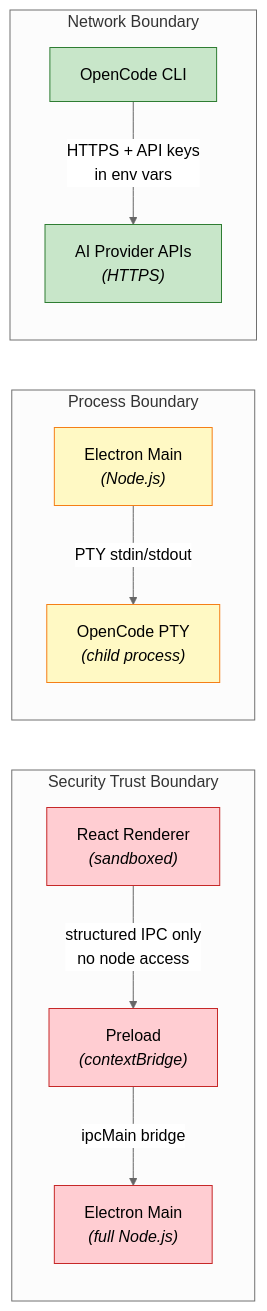
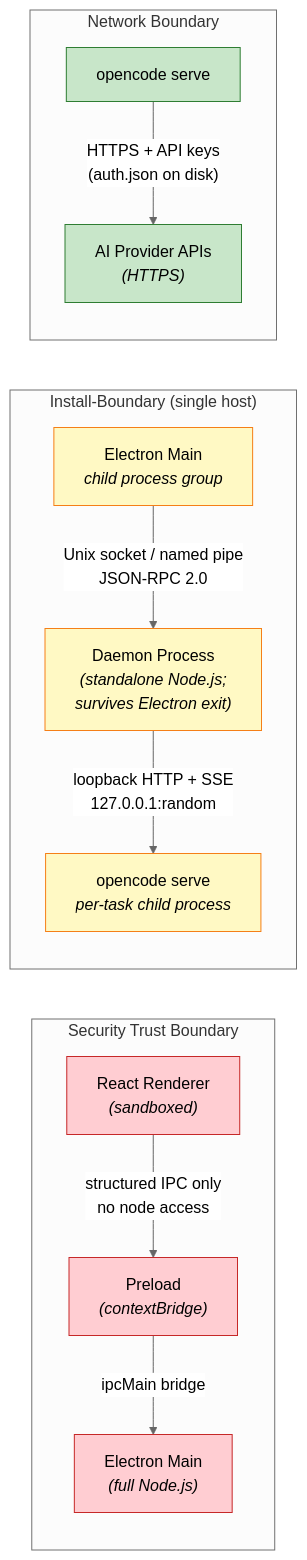
One commit to xztxy/openwork changed diagram 12 of 12 in docs/functional-viewpoint.md. Above: the diagram before and after it, drawn with Mermaid (neutral theme). The commit also changed other lines of this file and 5 other files, not shown here.

First line of the commit message:
docs(architecture): consolidate functional viewpoint into one doc

````diff
--- a/docs/functional-viewpoint.md
+++ b/docs/functional-viewpoint.md
@@ -614,34 +1143,36 @@
 ```mermaid
 graph LR
-  subgraph TRUST_BOUNDARY["Security Trust Boundary"]
+  subgraph TRUST["Security Trust Boundary"]
     direction TB
     A["React Renderer<br/><i>(sandboxed)</i>"]
     B["Preload<br/><i>(contextBridge)</i>"]
     C["Electron Main<br/><i>(full Node.js)</i>"]
   end
 
-  subgraph PROCESS_BOUNDARY["Process Boundary"]
+  subgraph INSTALL["Install-Boundary (single host)"]
     direction TB
-    D["Electron Main<br/><i>(Node.js)</i>"]
-    E["OpenCode PTY<br/><i>(child process)</i>"]
+    D["Electron Main<br/><i>child process group</i>"]
+    E["Daemon Process<br/><i>(standalone Node.js;<br/>survives Electron exit)</i>"]
+    F["opencode serve<br/><i>per-task child process</i>"]
   end
 
-  subgraph NETWORK_BOUNDARY["Network Boundary"]
+  subgraph NETWORK["Network Boundary"]
     direction TB
-    F["OpenCode CLI"]
-    G["AI Provider APIs<br/><i>(HTTPS)</i>"]
+    G["opencode serve"]
+    H["AI Provider APIs<br/><i>(HTTPS)</i>"]
   end
 
   A -->|"structured IPC only<br/>no node access"| B
   B -->|"ipcMain bridge"| C
-  D -->|"PTY stdin/stdout"| E
-  F -->|"HTTPS + API keys<br/>in env vars"| G
+  D -->|"Unix socket / named pipe<br/>JSON-RPC 2.0"| E
+  E -->|"loopback HTTP + SSE<br/>127.0.0.1:random"| F
+  G -->|"HTTPS + API keys<br/>(auth.json on disk)"| H
 
   classDef trust fill:#ffcdd2,stroke:#c62828
-  classDef process fill:#fff9c4,stroke:#f57f17
+  classDef install fill:#fff9c4,stroke:#f57f17
   classDef network fill:#c8e6c9,stroke:#2e7d32
 
   class A,B,C trust
-  class D,E process
-  class F,G network
+  class D,E,F install
+  class G,H network
 ```
````
